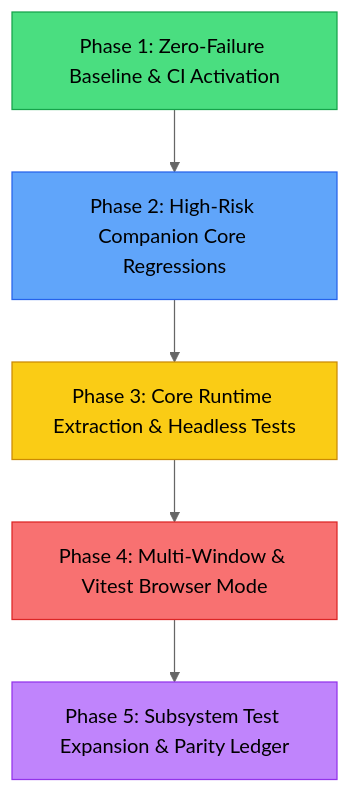
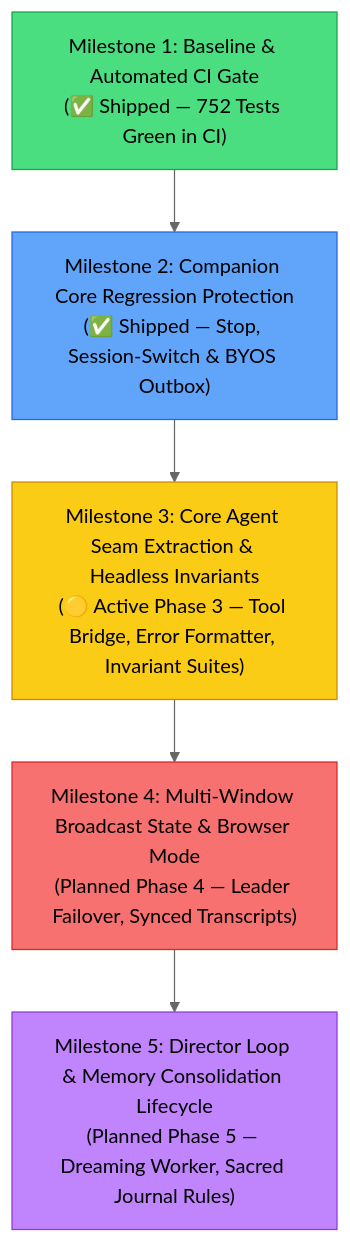
One commit to dasilva333/airi changed the diagram in docs/project-testing-parity.md. Above: the diagram before and after it, drawn with Mermaid (neutral theme). The commit also changed other lines of this file and 6 other files, not shown here.

````diff
--- a/docs/project-testing-parity.md
+++ b/docs/project-testing-parity.md
@@ -158,13 +192,13 @@
 ```mermaid
 graph TD
-    P1[Phase 1: Zero-Failure Baseline & CI Activation] --> P2[Phase 2: High-Risk Companion Core Regressions]
-    P2 --> P3[Phase 3: Core Runtime Extraction & Headless Tests]
-    P3 --> P4[Phase 4: Multi-Window & Vitest Browser Mode]
-    P4 --> P5[Phase 5: Subsystem Test Expansion & Parity Ledger]
+    M1["Milestone 1: Baseline & Automated CI Gate<br/>(✅ Shipped — 752 Tests Green in CI)"] --> M2["Milestone 2: Companion Core Regression Protection<br/>(✅ Shipped — Stop, Session-Switch & BYOS Outbox)"]
+    M2 --> M3["Milestone 3: Core Agent Seam Extraction & Headless Invariants<br/>(🟡 Active Phase 3 — Tool Bridge, Error Formatter, Invariant Suites)"]
+    M3 --> M4["Milestone 4: Multi-Window Broadcast State & Browser Mode<br/>(Planned Phase 4 — Leader Failover, Synced Transcripts)"]
+    M4 --> M5["Milestone 5: Director Loop & Memory Consolidation Lifecycle<br/>(Planned Phase 5 — Dreaming Worker, Sacred Journal Rules)"]
 
-    style P1 fill:#4ade80,stroke:#16a34a,color:#000
-    style P2 fill:#60a5fa,stroke:#2563eb,color:#000
-    style P3 fill:#facc15,stroke:#ca8a04,color:#000
-    style P4 fill:#f87171,stroke:#dc2626,color:#000
-    style P5 fill:#c084fc,stroke:#9333ea,color:#000
+    style M1 fill:#4ade80,stroke:#16a34a,color:#000
+    style M2 fill:#60a5fa,stroke:#2563eb,color:#000
+    style M3 fill:#facc15,stroke:#ca8a04,color:#000
+    style M4 fill:#f87171,stroke:#dc2626,color:#000
+    style M5 fill:#c084fc,stroke:#9333ea,color:#000
 ```
````
